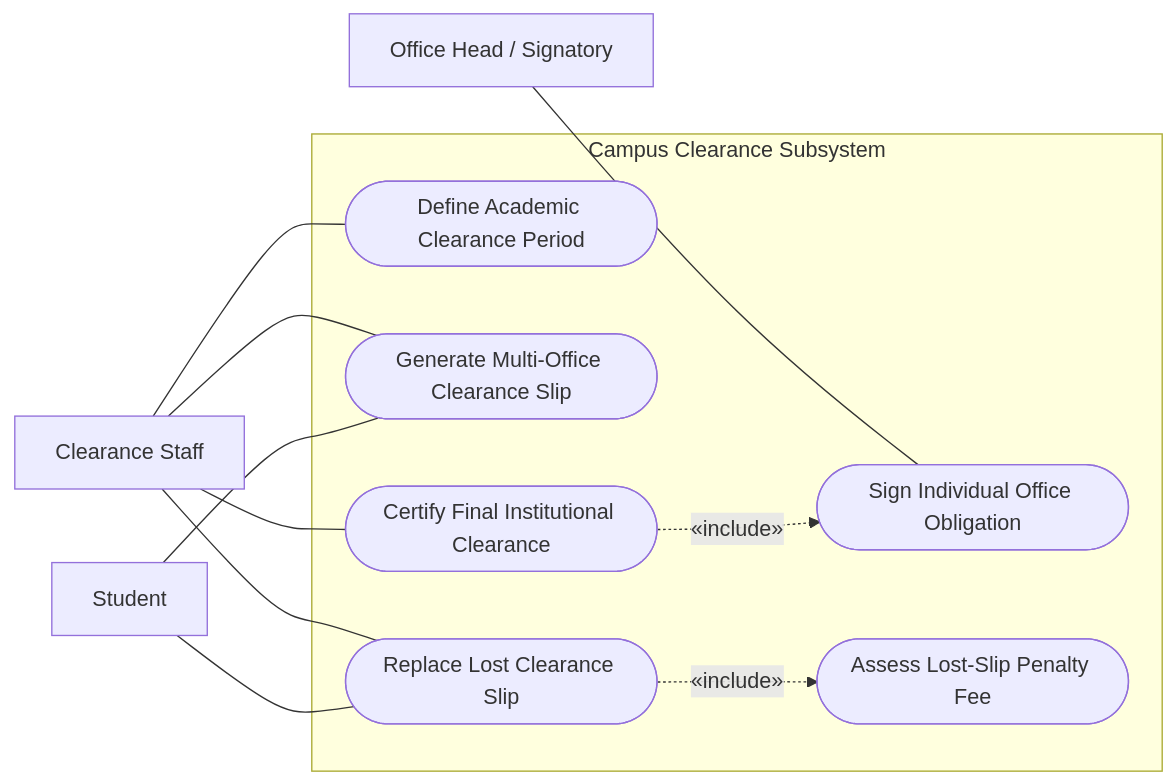
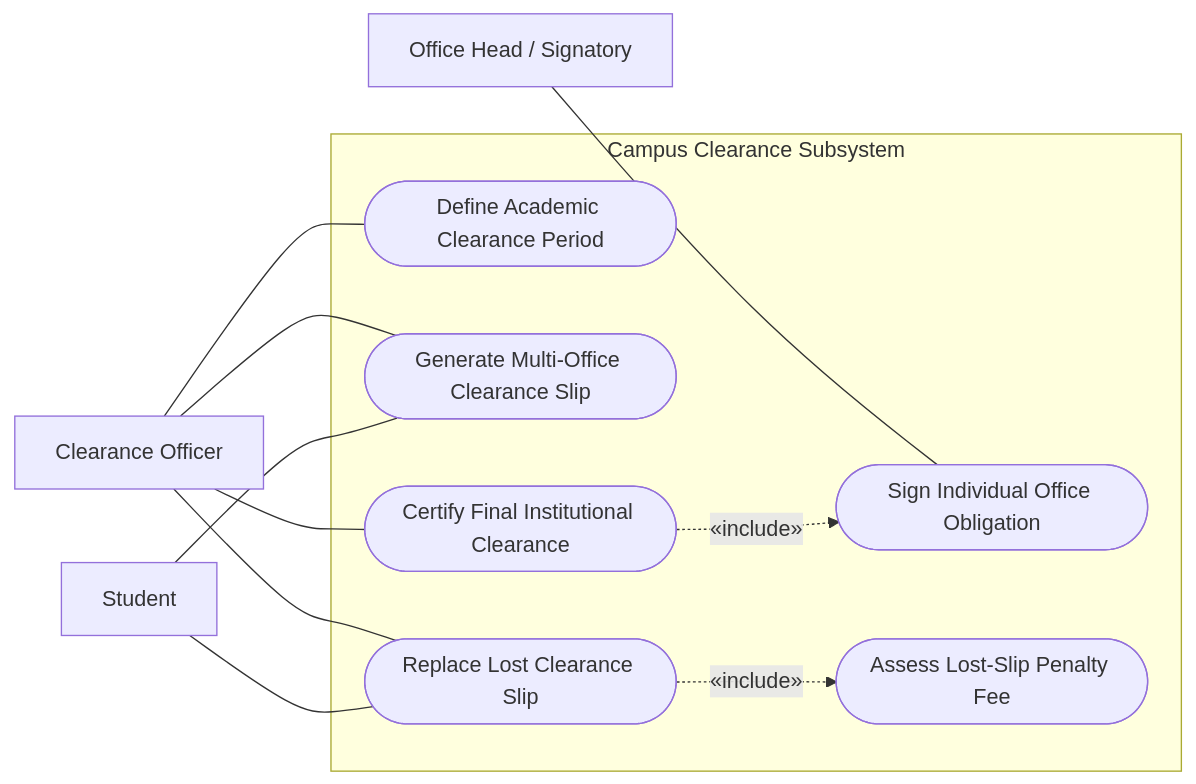
One commit to kirbygeagonia-create/EnrollmentManagementSystem changed diagram 11 of 17 in Documentation/Use-Case-Diagram-Guide.md. Above: the diagram before and after it, drawn with Mermaid. The commit also changed other lines of this file and 50 other files, not shown here.

First line of the commit message:
The use-case actors fold to one figure per role, and the stage words move to the prose

````diff
--- a/Documentation/Use-Case-Diagram-Guide.md
+++ b/Documentation/Use-Case-Diagram-Guide.md
@@ -548,27 +548,27 @@
 ```mermaid
 flowchart LR
-    A_Clr["Clearance Staff"]
+    A_Clr["Clearance Officer"]
     A_Head["Office Head / Signatory"]
     A_Stud["Student"]
 
     subgraph SYSTEM ["Campus Clearance Subsystem"]
         UC_CL01(["Define Academic Clearance Period"])
         UC_CL02(["Generate Multi-Office Clearance Slip"])
         UC_CL03(["Sign Individual Office Obligation"])
         UC_CL04(["Replace Lost Clearance Slip"])
         UC_CL05(["Assess Lost-Slip Penalty Fee"])
         UC_CL06(["Certify Final Institutional Clearance"])
     end
 
     A_Clr --- UC_CL01
     A_Clr --- UC_CL02
     A_Clr --- UC_CL04
     A_Clr --- UC_CL06
 
     A_Head --- UC_CL03
     A_Stud --- UC_CL02
     A_Stud --- UC_CL04
 
     UC_CL04 -.->|"«include»"| UC_CL05
     UC_CL06 -.->|"«include»"| UC_CL03
 ```
````
